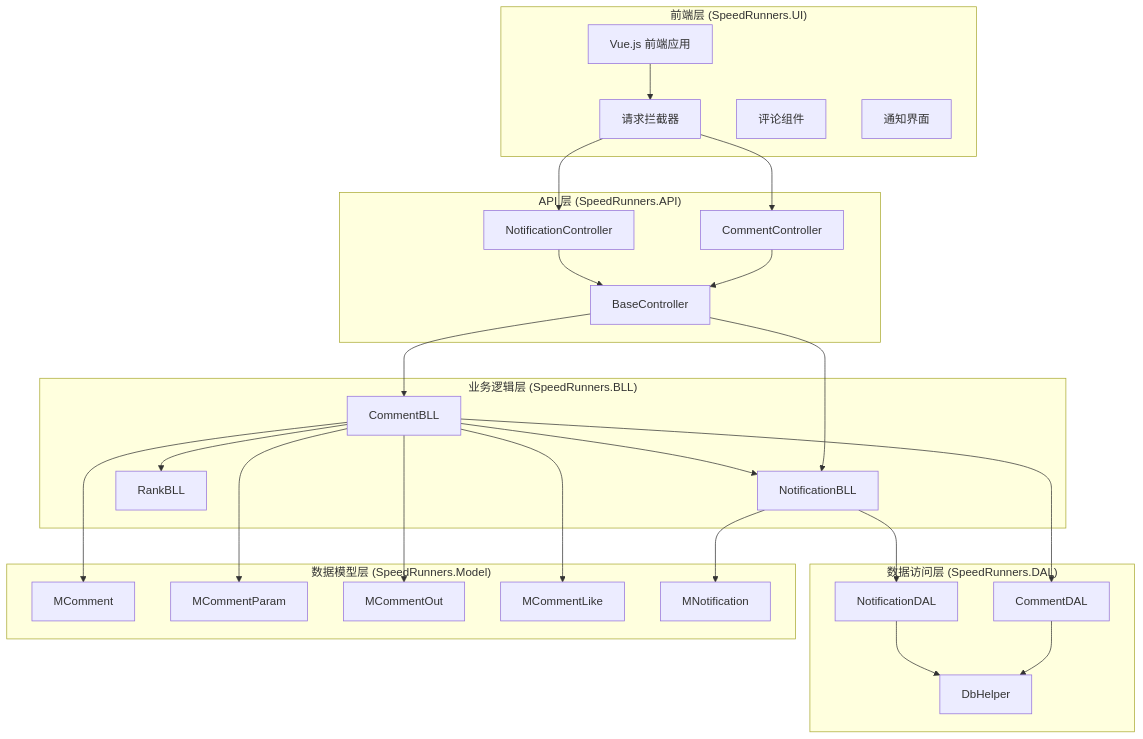
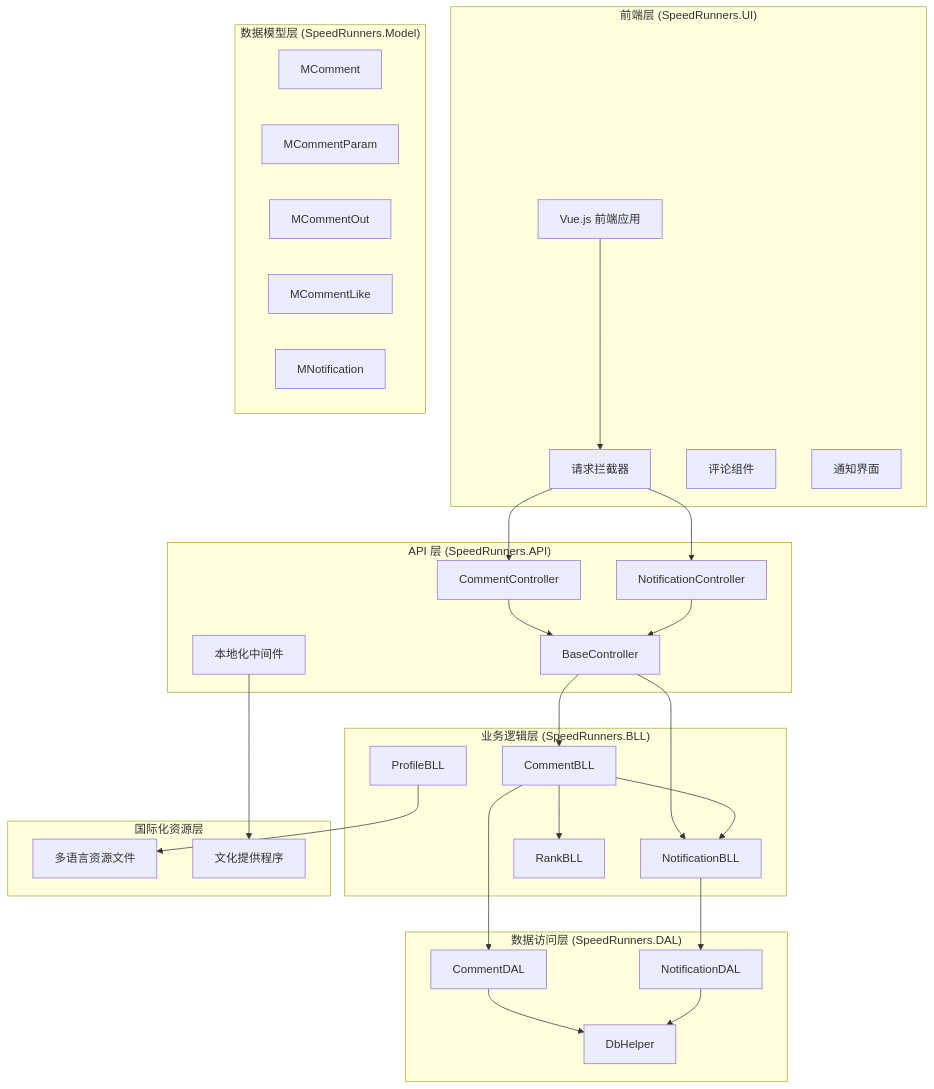
Before and after one commit to TinyMaD/SpeedRunnersLab: the first of 7 diagrams in .qoder/repowiki/zh/content/API 接口参考/评论系统 API.md, drawn with Mermaid. The commit also changed other lines of this file and 34 other files, not shown here.

````diff
--- a/.qoder/repowiki/zh/content/API 接口参考/评论系统 API.md
+++ b/.qoder/repowiki/zh/content/API 接口参考/评论系统 API.md
@@ -52,49 +66,52 @@
 ```mermaid
 graph TB
 subgraph "前端层 (SpeedRunners.UI)"
 FE[Vue.js 前端应用]
 Request[请求拦截器]
 CommentSection[评论组件]
 NotificationUI[通知界面]
 end
 subgraph "API 层 (SpeedRunners.API)"
 CommentController[CommentController]
 NotificationController[NotificationController]
 BaseController[BaseController]
+LocaleMiddleware[本地化中间件]
 end
 subgraph "业务逻辑层 (SpeedRunners.BLL)"
 CommentBLL[CommentBLL]
 NotificationBLL[NotificationBLL]
 RankBLL[RankBLL]
+ProfileBLL[ProfileBLL]
 end
 subgraph "数据访问层 (SpeedRunners.DAL)"
 CommentDAL[CommentDAL]
 NotificationDAL[NotificationDAL]
 DbHelper[DbHelper]
 end
 subgraph "数据模型层 (SpeedRunners.Model)"
 MComment[MComment]
 MCommentParam[MCommentParam]
 MCommentOut[MCommentOut]
 MCommentLike[MCommentLike]
 MNotification[MNotification]
 end
+subgraph "国际化资源层"
+ResxFiles[多语言资源文件]
+LocaleProvider[文化提供程序]
+end
 FE --> Request
 Request --> CommentController
 Request --> NotificationController
 CommentController --> BaseController
 NotificationController --> BaseController
 BaseController --> CommentBLL
 BaseController --> NotificationBLL
 CommentBLL --> CommentDAL
 CommentBLL --> NotificationBLL
 CommentBLL --> RankBLL
 NotificationBLL --> NotificationDAL
+ProfileBLL --> ResxFiles
+LocaleMiddleware --> LocaleProvider
 CommentDAL --> DbHelper
 NotificationDAL --> DbHelper
-CommentBLL --> MComment
-CommentBLL --> MCommentParam
-CommentBLL --> MCommentOut
-CommentBLL --> MCommentLike
-NotificationBLL --> MNotification
 ```
````
